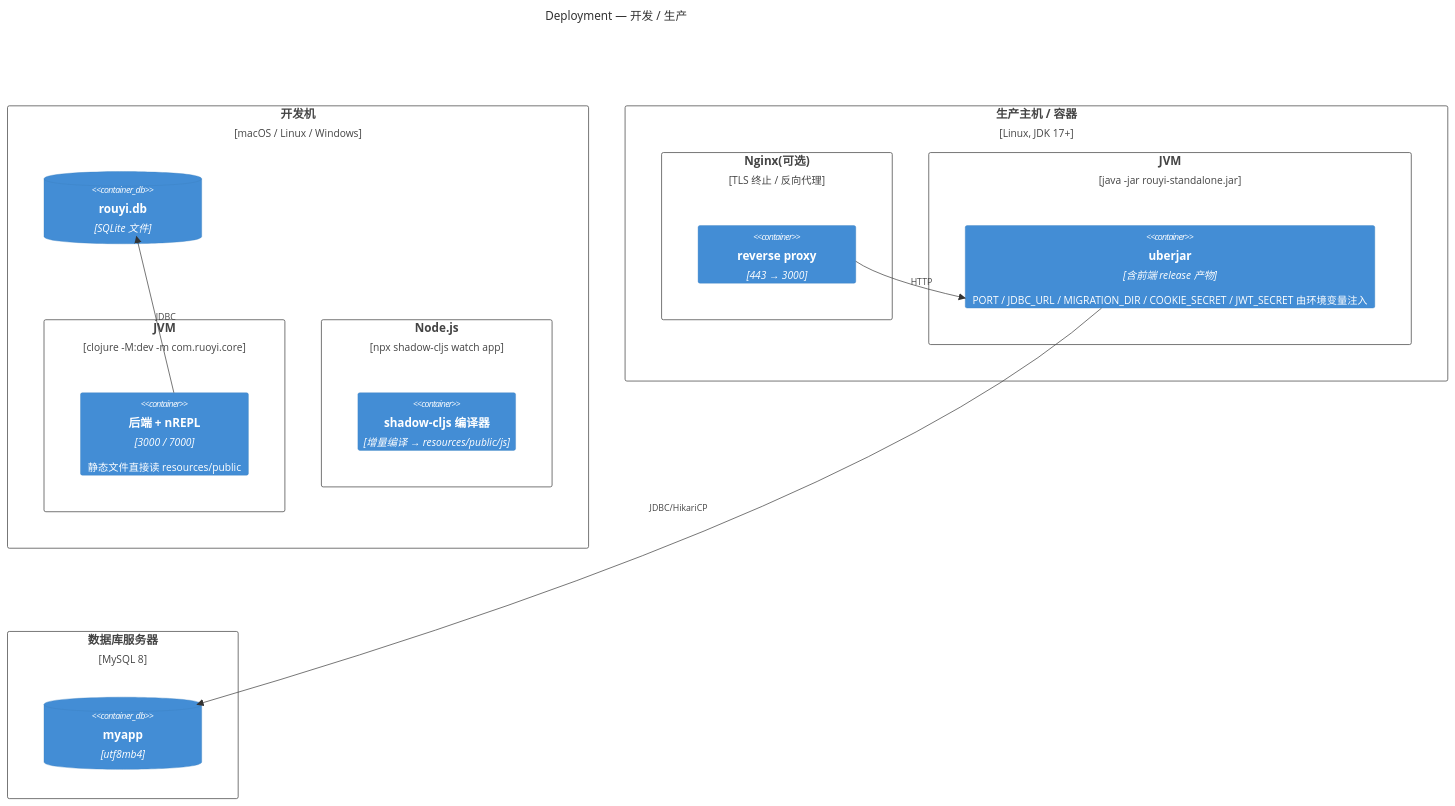
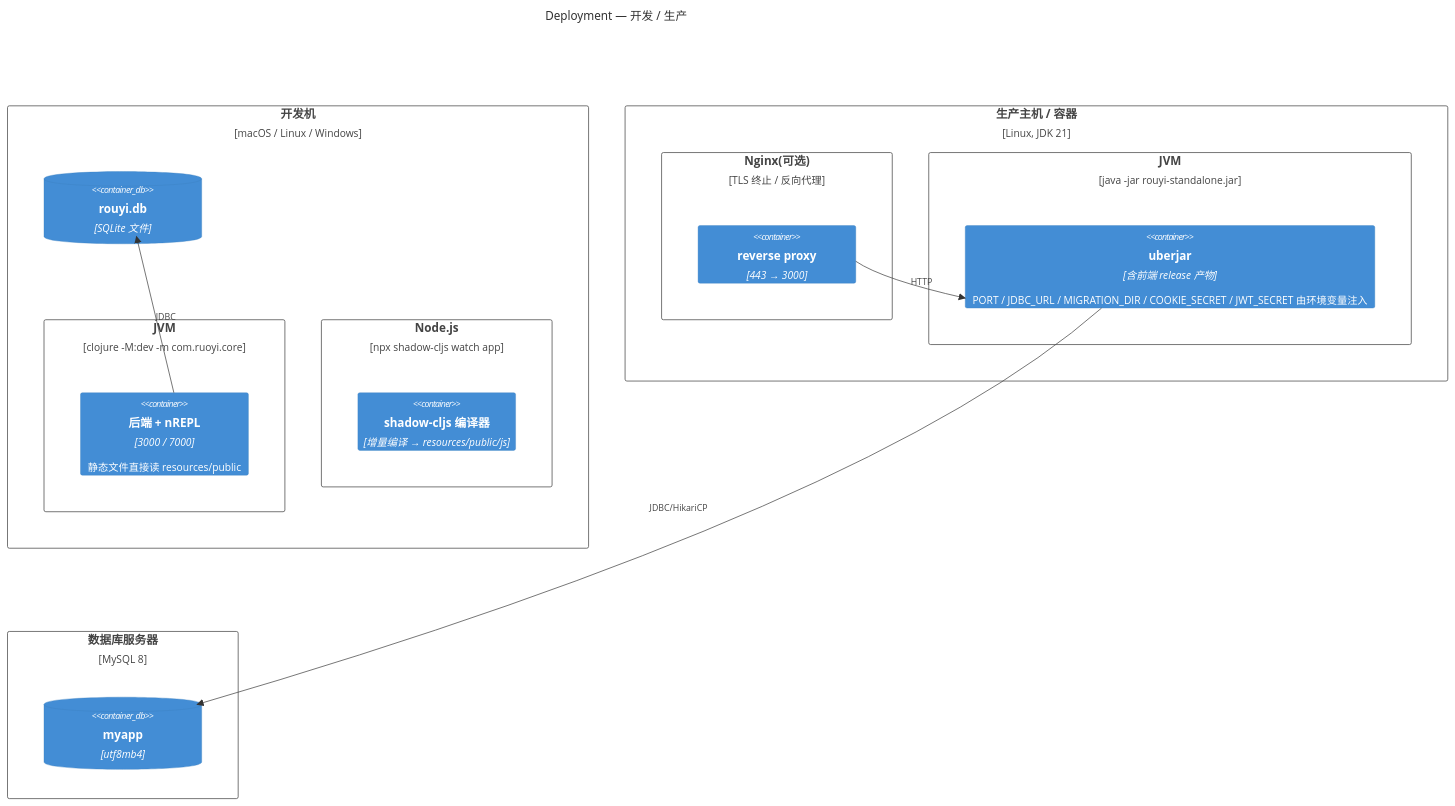
Diagram 13 of 13 in docs/architecture/c4-model.org (RedCreationTech/clj-cljs-template), drawn with Mermaid before and after one commit. The commit also changed other lines of this file and 11 other files, not shown here.

```diff
--- a/docs/architecture/c4-model.org
+++ b/docs/architecture/c4-model.org
@@ -557,27 +557,27 @@
 #+begin_src mermaid :file c4-deployment.png :exports results
 C4Deployment
   title Deployment — 开发 / 生产
   Deployment_Node(devbox, "开发机", "macOS / Linux / Windows") {
     Deployment_Node(jvm1, "JVM", "clojure -M:dev -m com.ruoyi.core") {
       Container(be1, "后端 + nREPL", "3000 / 7000", "静态文件直接读 resources/public")
     }
     Deployment_Node(node1, "Node.js", "npx shadow-cljs watch app") {
       Container(fe1, "shadow-cljs 编译器", "增量编译 → resources/public/js", "")
     }
     ContainerDb(sqlite, "rouyi.db", "SQLite 文件", "")
   }
-  Deployment_Node(prod, "生产主机 / 容器", "Linux, JDK 17+") {
+  Deployment_Node(prod, "生产主机 / 容器", "Linux, JDK 21") {
     Deployment_Node(nginx, "Nginx(可选)", "TLS 终止 / 反向代理", "") {
       Container(rp, "reverse proxy", "443 → 3000", "")
     }
     Deployment_Node(jvm2, "JVM", "java -jar rouyi-standalone.jar") {
       Container(be2, "uberjar", "含前端 release 产物", "PORT / JDBC_URL / MIGRATION_DIR / COOKIE_SECRET / JWT_SECRET 由环境变量注入")
     }
   }
   Deployment_Node(dbhost, "数据库服务器", "MySQL 8") {
     ContainerDb(mysql, "myapp", "utf8mb4", "")
   }
   Rel(be1, sqlite, "JDBC")
   Rel(rp, be2, "HTTP")
   Rel(be2, mysql, "JDBC/HikariCP")
 #+end_src
```
